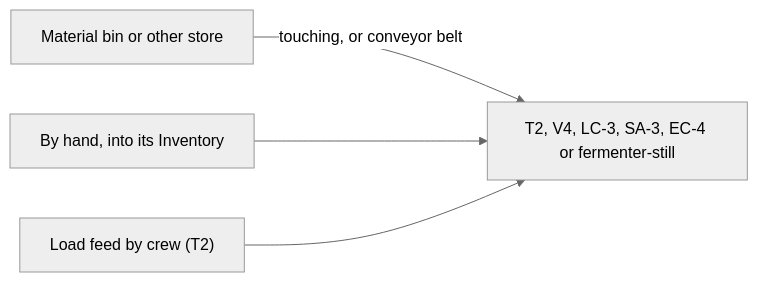
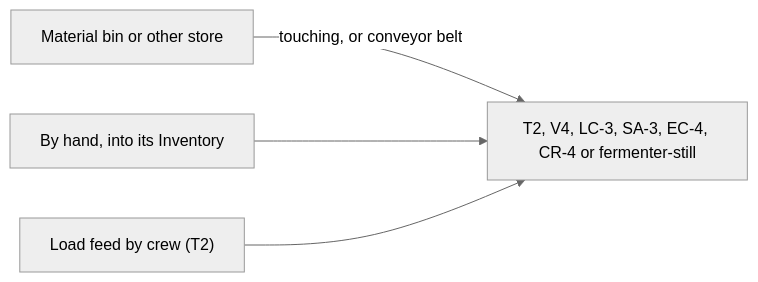
One commit to phobos-dthorga/phobos-ostranauts changed the first of 3 diagrams in docs/automatic-material-routing.md. Above: the diagram before and after it, drawn with Mermaid (neutral theme). The commit also changed other lines of this file and 71 other files, not shown here.

````diff
--- a/docs/automatic-material-routing.md
+++ b/docs/automatic-material-routing.md
@@ -68,6 +68,6 @@
 ```mermaid
 flowchart LR
-    Bin["Material bin or other store"] -->|touching, or conveyor belt| Machine["T2, V4, LC-3, SA-3, EC-4 or fermenter-still"]
+    Bin["Material bin or other store"] -->|touching, or conveyor belt| Machine["T2, V4, LC-3, SA-3, EC-4, CR-4 or fermenter-still"]
     Hand["By hand, into its Inventory"] --> Machine
     Crew["Load feed by crew (T2)"] --> Machine
 ```
````
